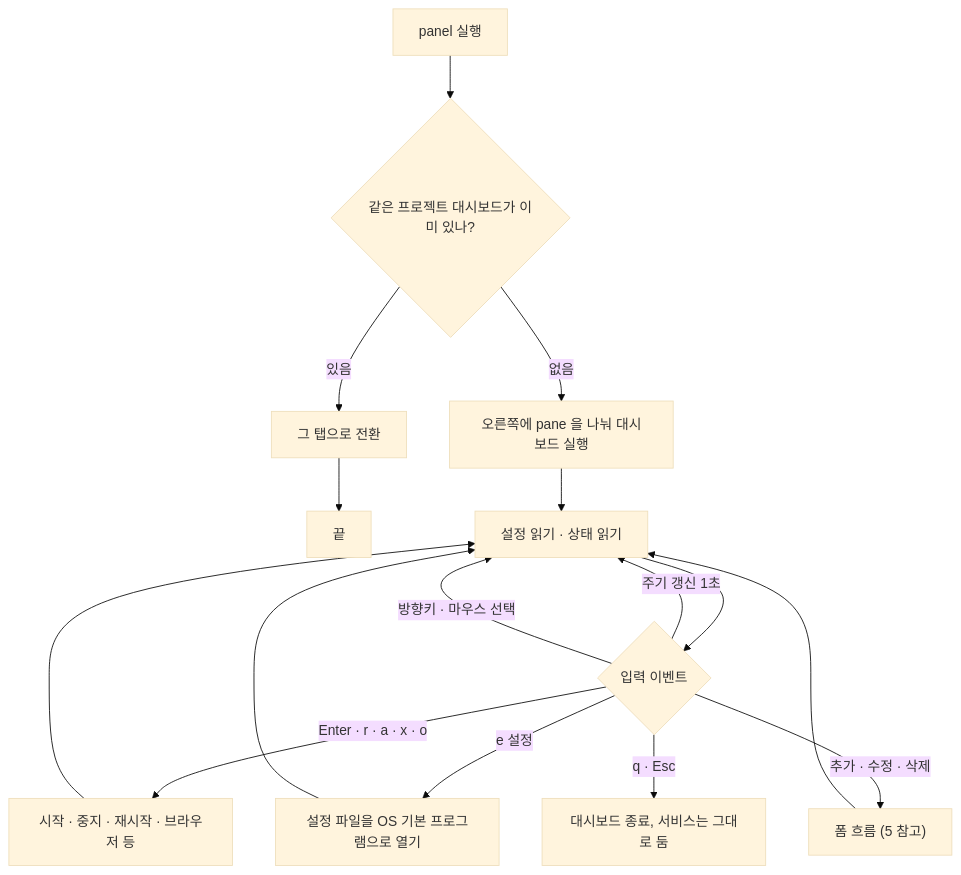
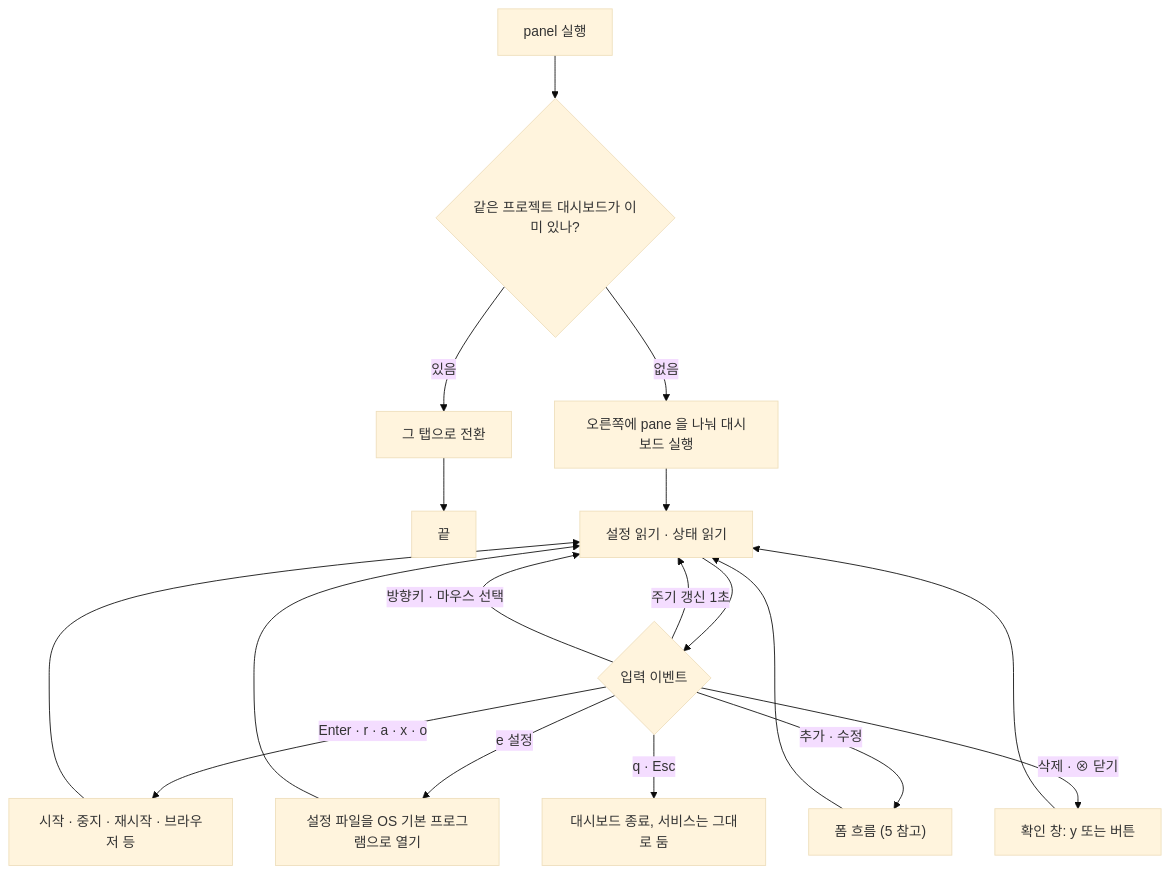
Before and after one commit to vrwolf1004/herdr-devrun: the fourth of 5 diagrams in docs/flow.md, drawn with Mermaid (base theme). The commit also changed other lines of this file and 12 other files, not shown here.

````diff
--- a/docs/flow.md
+++ b/docs/flow.md
@@ -80,17 +82,19 @@
 ```mermaid
 flowchart TD
     A[panel 실행] --> B{같은 프로젝트 대시보드가 이미 있나?}
     B -- 있음 --> C[그 탭으로 전환] --> Z[끝]
     B -- 없음 --> D[오른쪽에 pane 을 나눠 대시보드 실행]
     D --> E[설정 읽기 · 상태 읽기]
     E --> L{입력 이벤트}
     L -- 주기 갱신 1초 --> E
     L -- 방향키 · 마우스 선택 --> E
     L -- Enter · r · a · x · o --> X[시작 · 중지 · 재시작 · 브라우저 등]
     L -- e 설정 --> Y[설정 파일을 OS 기본 프로그램으로 열기]
-    L -- 추가 · 수정 · 삭제 --> FM["폼 흐름 (5 참고)"]
+    L -- 추가 · 수정 --> FM["폼 흐름 (5 참고)"]
+    L -- 삭제 · ⊗ 닫기 --> CF["확인 창: y 또는 버튼"]
     L -- q · Esc --> Q[대시보드 종료, 서비스는 그대로 둠]
     X --> E
     Y --> E
     FM --> E
+    CF --> E
 ```
````
